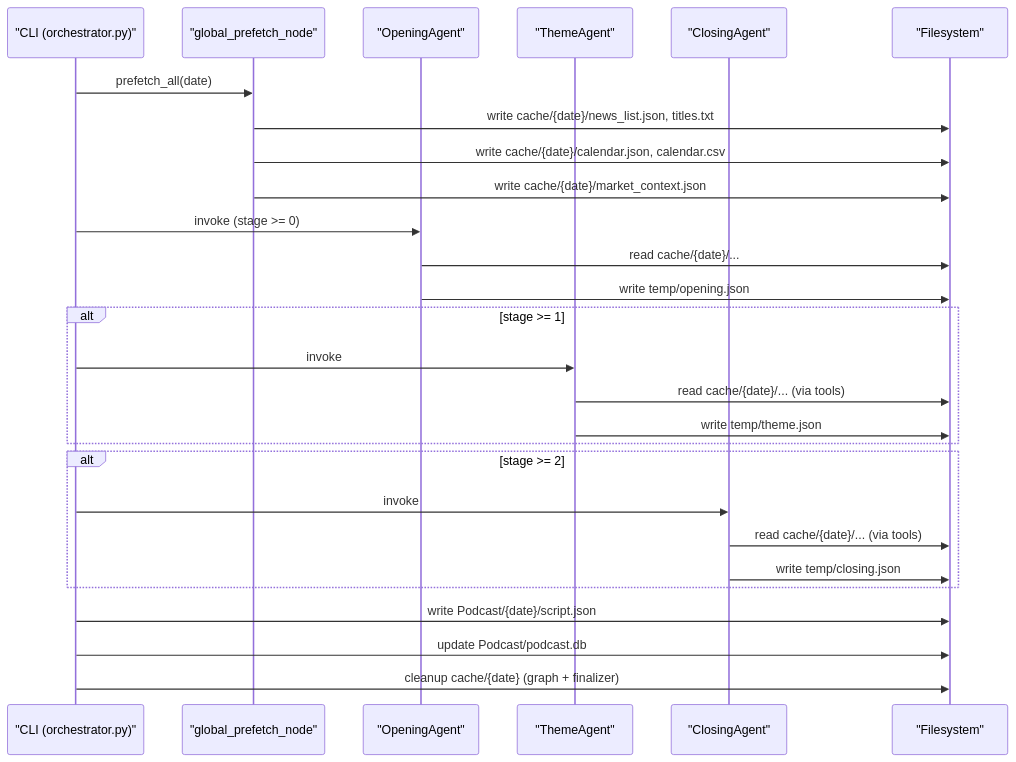
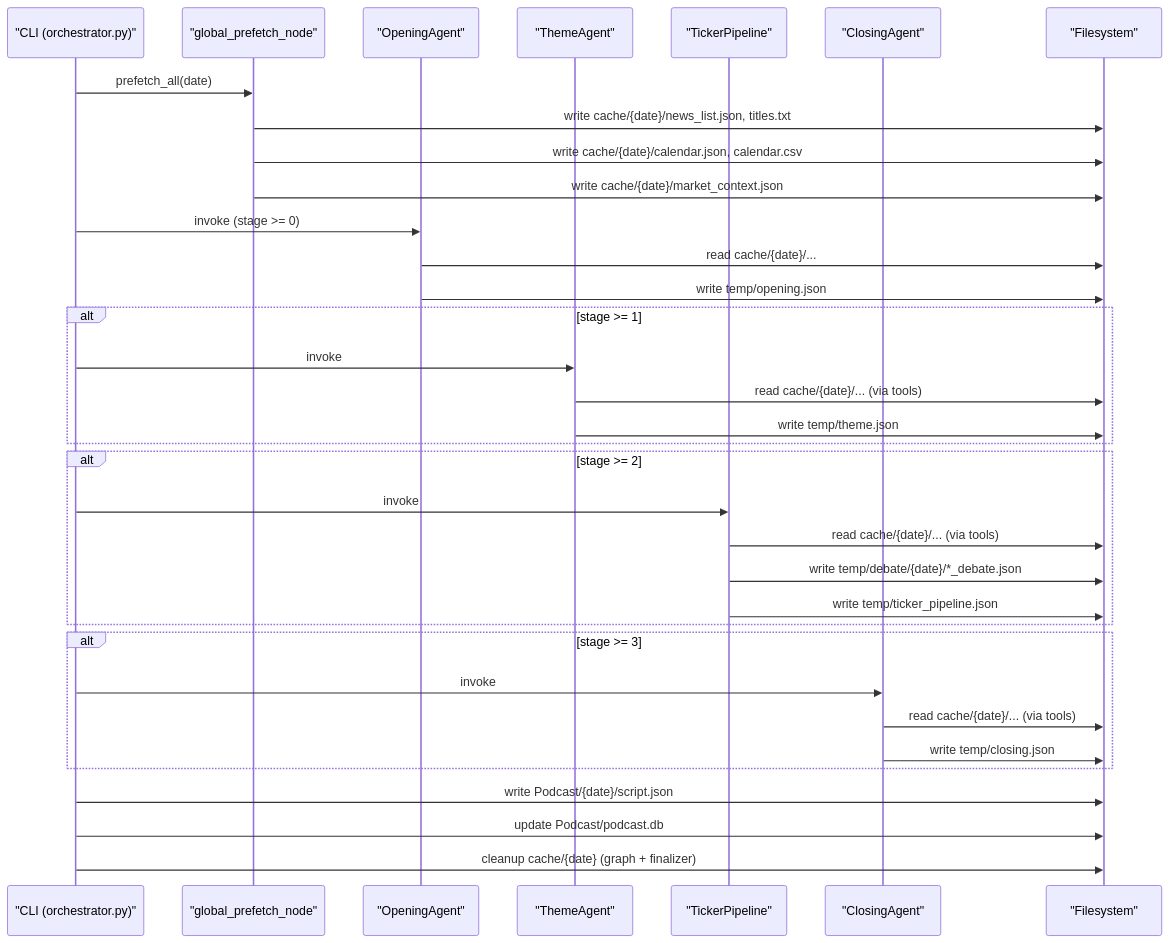
One commit to junseok0913/25fw-kubig-mas changed the second of 2 diagrams in ORCHESTRATOR.md. Above: the diagram before and after it, drawn with Mermaid. The commit also changed other lines of this file and 129 other files, not shown here.

````diff
--- a/ORCHESTRATOR.md
+++ b/ORCHESTRATOR.md
@@ -57,34 +62,42 @@
 ```mermaid
 sequenceDiagram
   participant CLI as "CLI (orchestrator.py)"
   participant PF as "global_prefetch_node"
   participant OA as "OpeningAgent"
   participant TA as "ThemeAgent"
+  participant TP as "TickerPipeline"
   participant CA as "ClosingAgent"
   participant FS as "Filesystem"
 
   CLI->>PF: prefetch_all(date)
   PF->>FS: write cache/{date}/news_list.json, titles.txt
   PF->>FS: write cache/{date}/calendar.json, calendar.csv
   PF->>FS: write cache/{date}/market_context.json
 
   CLI->>OA: invoke (stage >= 0)
   OA->>FS: read cache/{date}/...
   OA->>FS: write temp/opening.json
 
   alt stage >= 1
     CLI->>TA: invoke
     TA->>FS: read cache/{date}/... (via tools)
     TA->>FS: write temp/theme.json
   end
 
   alt stage >= 2
+    CLI->>TP: invoke
+    TP->>FS: read cache/{date}/... (via tools)
+    TP->>FS: write temp/debate/{date}/*_debate.json
+    TP->>FS: write temp/ticker_pipeline.json
+  end
+
+  alt stage >= 3
     CLI->>CA: invoke
     CA->>FS: read cache/{date}/... (via tools)
     CA->>FS: write temp/closing.json
   end
 
   CLI->>FS: write Podcast/{date}/script.json
   CLI->>FS: update Podcast/podcast.db
   CLI->>FS: cleanup cache/{date} (graph + finalizer)
 ```
````
